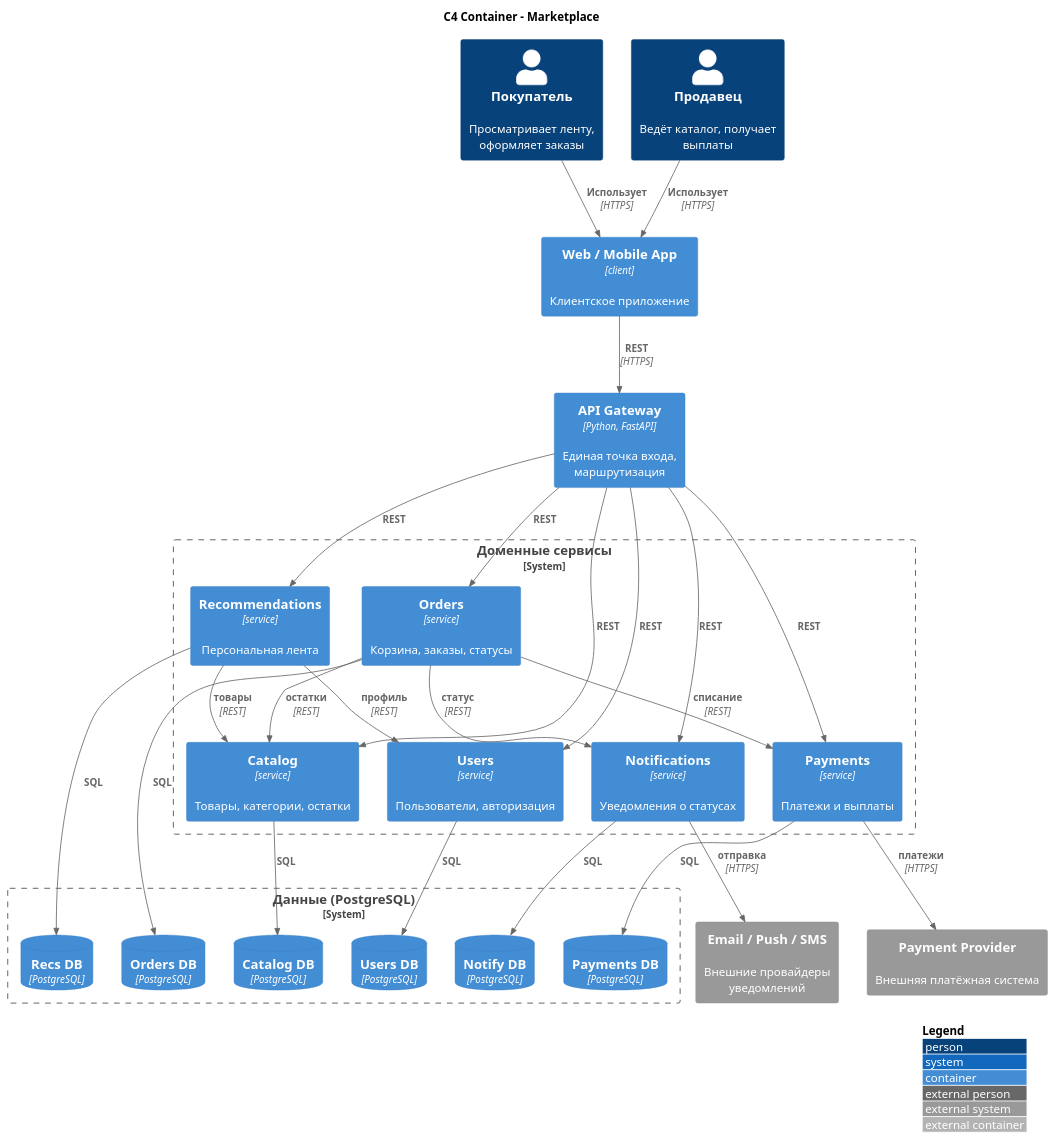
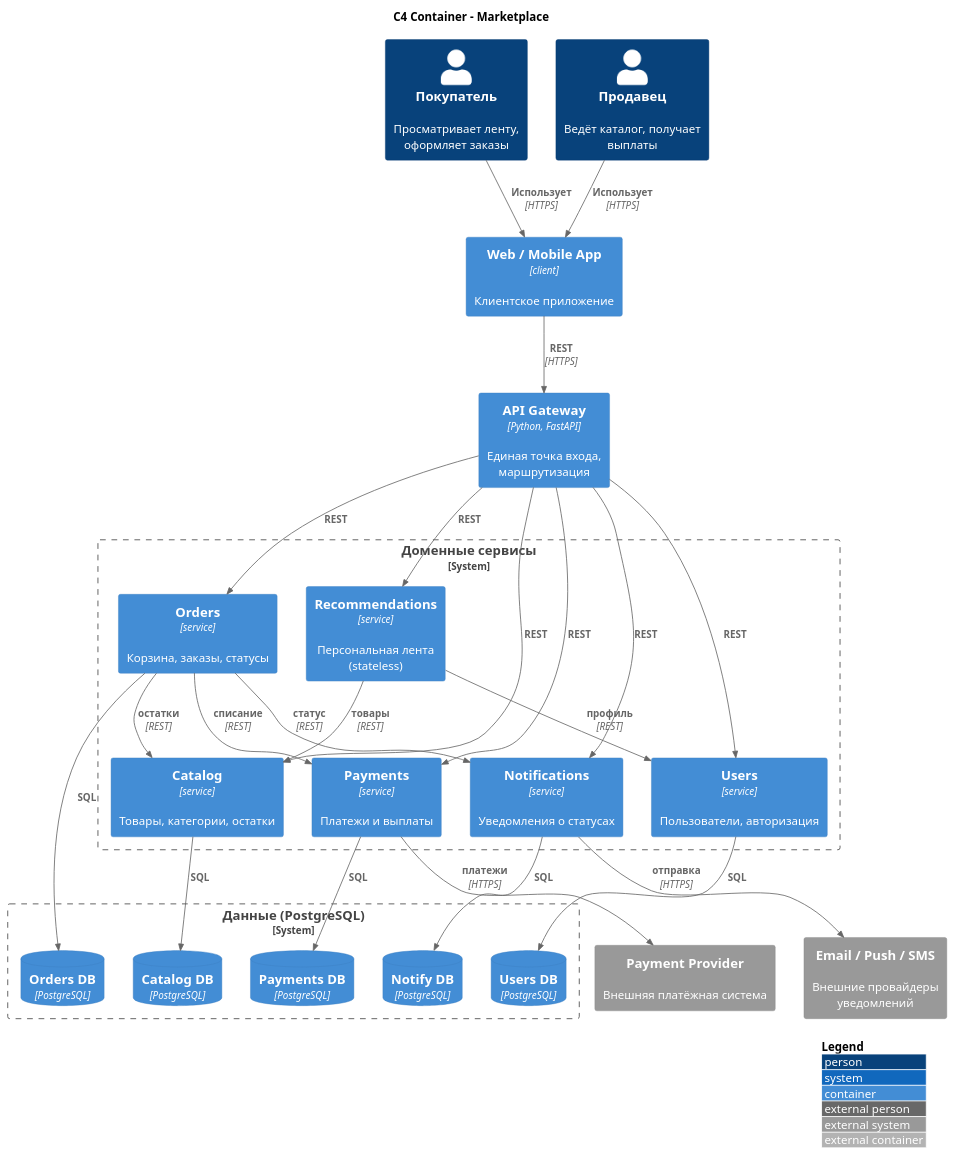
Before and after one commit to DaryaAndryeva/hw-1-Marketplace: the diagram in diagrams/container.puml, drawn with PlantUML. The commit also changed 1 other file, not shown here.

```diff
--- a/diagrams/container.puml
+++ b/diagrams/container.puml
@@ -1,62 +1,60 @@
 @startuml C4-Container-Marketplace
 !include https://raw.githubusercontent.com/plantuml-stdlib/C4-PlantUML/master/C4_Container.puml
 
 LAYOUT_TOP_DOWN()
 LAYOUT_WITH_LEGEND()
 title C4 Container - Marketplace
 
 Person(buyer, "Покупатель", "Просматривает ленту, оформляет заказы")
 Person(seller, "Продавец", "Ведёт каталог, получает выплаты")
 
 Container(web, "Web / Mobile App", "client", "Клиентское приложение")
 Container(gw, "API Gateway", "Python, FastAPI", "Единая точка входа, маршрутизация")
 
 System_Boundary(domain, "Доменные сервисы") {
     Container(users, "Users", "service", "Пользователи, авторизация")
     Container(catalog, "Catalog", "service", "Товары, категории, остатки")
-    Container(recs, "Recommendations", "service", "Персональная лента")
+    Container(recs, "Recommendations", "service", "Персональная лента (stateless)")
     Container(orders, "Orders", "service", "Корзина, заказы, статусы")
     Container(payments, "Payments", "service", "Платежи и выплаты")
     Container(notify, "Notifications", "service", "Уведомления о статусах")
 }
 
 System_Boundary(data, "Данные (PostgreSQL)") {
     ContainerDb(users_db, "Users DB", "PostgreSQL")
     ContainerDb(catalog_db, "Catalog DB", "PostgreSQL")
-    ContainerDb(recs_db, "Recs DB", "PostgreSQL")
     ContainerDb(orders_db, "Orders DB", "PostgreSQL")
     ContainerDb(payments_db, "Payments DB", "PostgreSQL")
     ContainerDb(notify_db, "Notify DB", "PostgreSQL")
 }
 
 System_Ext(psp, "Payment Provider", "Внешняя платёжная система")
 System_Ext(channels, "Email / Push / SMS", "Внешние провайдеры уведомлений")
 
 Rel(buyer, web, "Использует", "HTTPS")
 Rel(seller, web, "Использует", "HTTPS")
 Rel(web, gw, "REST", "HTTPS")
 
 Rel(gw, users, "REST")
 Rel(gw, catalog, "REST")
 Rel(gw, recs, "REST")
 Rel(gw, orders, "REST")
 Rel(gw, payments, "REST")
 Rel(gw, notify, "REST")
 
 Rel(recs, users, "профиль", "REST")
 Rel(recs, catalog, "товары", "REST")
 Rel(orders, catalog, "остатки", "REST")
 Rel(orders, payments, "списание", "REST")
 Rel(orders, notify, "статус", "REST")
 
 Rel(users, users_db, "SQL")
 Rel(catalog, catalog_db, "SQL")
-Rel(recs, recs_db, "SQL")
 Rel(orders, orders_db, "SQL")
 Rel(payments, payments_db, "SQL")
 Rel(notify, notify_db, "SQL")
 
 Rel(payments, psp, "платежи", "HTTPS")
 Rel(notify, channels, "отправка", "HTTPS")
 
 @enduml
```
